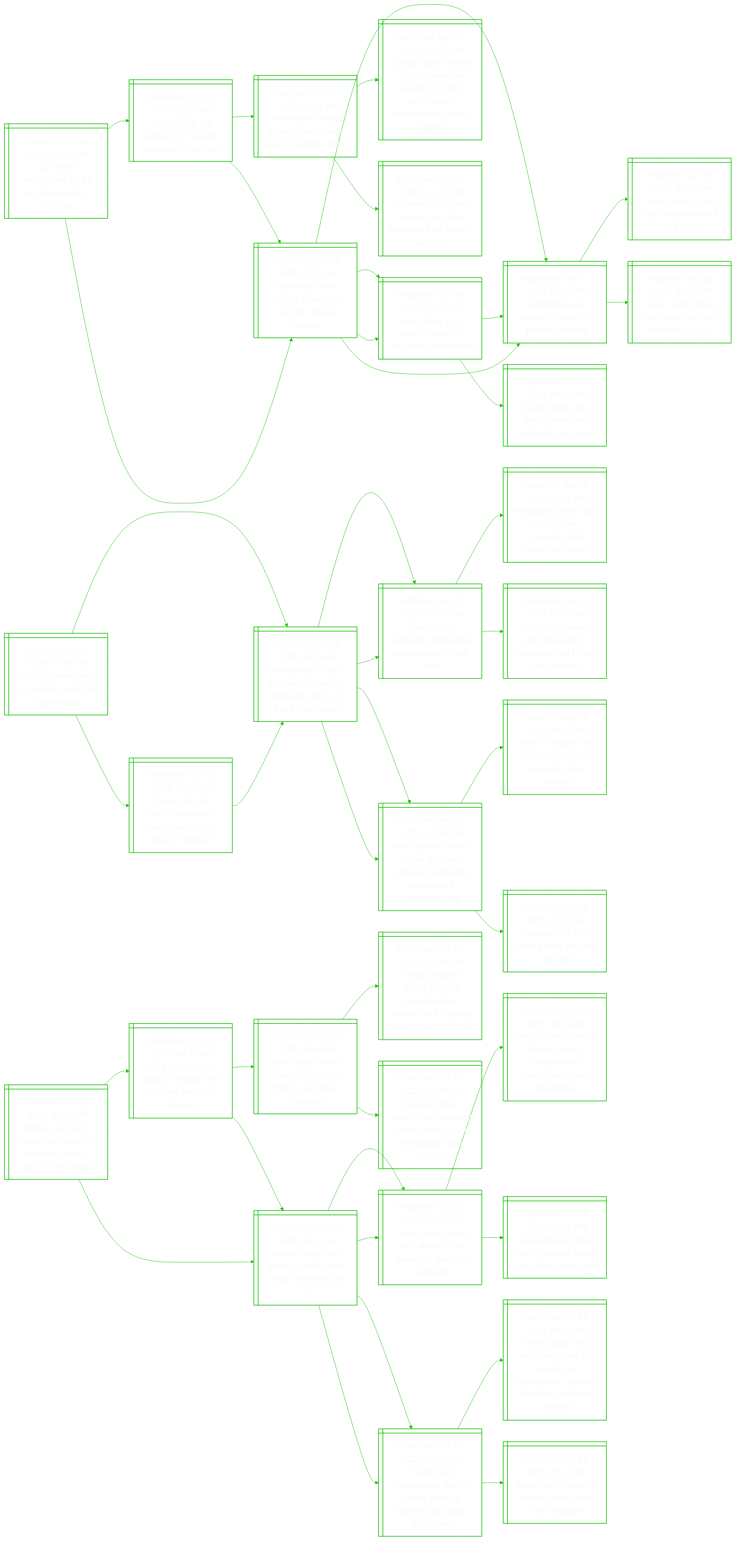
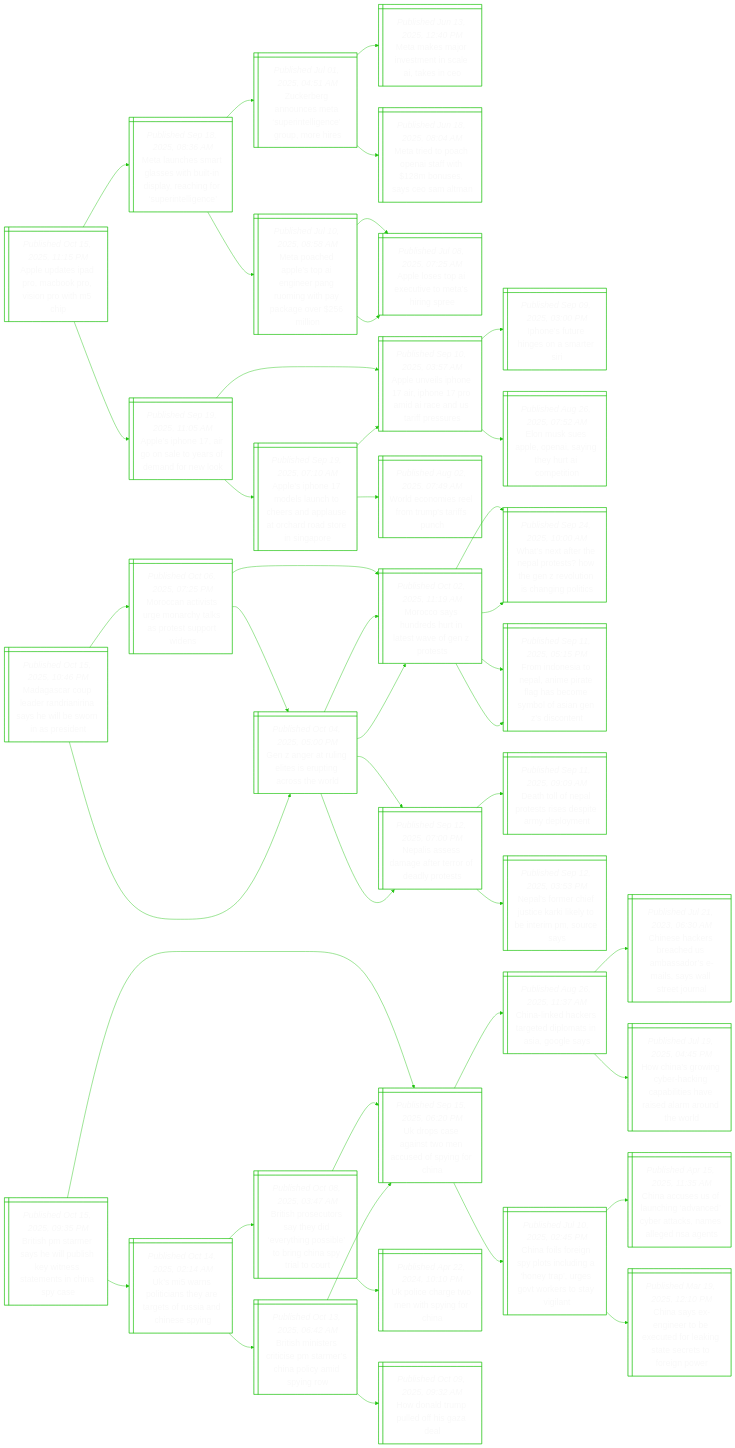
Before and after one commit to notJmes/notJmes: the diagram in README.md, drawn with Mermaid. The commit also changed other lines of this file, not shown here.

````diff
--- a/README.md
+++ b/README.md
@@ -16,133 +16,142 @@
 flowchart LR
 classDef txtsize font-size:20px;
 
-ChoryruU@{ shape: win-pane, label: "_Published Oct 15, 2025, 07:30 PM_
-Co2 in the atmosphere up by record amount in 2024: un" }
-Ntnosager@{ shape: win-pane, label: "_Published Oct 13, 2025, 11:10 AM_
-Not nothing, not enough: is the paris agreement working?" }
-Smhotanrmor@{ shape: win-pane, label: "_Published Oct 09, 2025, 10:31 AM_
-September third-hottest globally on record: climate monitor" }
-Hogomfhtd@{ shape: win-pane, label: "_Published Oct 08, 2025, 10:05 PM_
-Hong kong logs record number of ‘very hot’ october days" }
-SmatnraOw@{ shape: win-pane, label: "_Published Oct 01, 2025, 04:55 PM_
-September was hottest on record in japan’s okinawa" }
-Ranghsocne@{ shape: win-pane, label: "_Published Oct 07, 2025, 01:21 PM_
-Renewable energy growth slows due to policy changes: report" }
-Ctlilranbhattlgn@{ shape: win-pane, label: "_Published Sep 24, 2024, 01:25 PM_
-Climate goal to triple global renewable energy by 2030 within reach: international energy agency" }
-Ualeeuakfabe@{ shape: win-pane, label: "_Published Jun 30, 2025, 11:41 PM_
-Us senate bill’s clean energy cuts draw backlash from labour, business" }
-Smhotanrmor@{ shape: win-pane, label: "_Published Oct 09, 2025, 10:31 AM_
-September third-hottest globally on record: climate monitor" }
-Hogomfhtd@{ shape: win-pane, label: "_Published Oct 08, 2025, 10:05 PM_
-Hong kong logs record number of ‘very hot’ october days" }
-SKsewstrc@{ shape: win-pane, label: "_Published Oct 02, 2025, 07:45 PM_
-South korea sees second-warmest september on record" }
-SmatnraOw@{ shape: win-pane, label: "_Published Oct 01, 2025, 04:55 PM_
-September was hottest on record in japan’s okinawa" }
-SmatnraOw@{ shape: win-pane, label: "_Published Oct 01, 2025, 04:55 PM_
-September was hottest on record in japan’s okinawa" }
-JseheaoC@{ shape: win-pane, label: "_Published Jul 30, 2025, 03:51 PM_
-Japan sees record high temperature of 41.2 deg c" }
-JSKhtsrcn@{ shape: win-pane, label: "_Published Sep 01, 2025, 04:19 PM_
-Japan, south korea had hottest summer on record in 2025" }
+AuedakiPti@{ shape: win-pane, label: "_Published Oct 15, 2025, 11:15 PM_
+Apple updates ipad pro, macbook pro, vision pro with m5 chip" }
+Maersiidacfptg@{ shape: win-pane, label: "_Published Sep 18, 2025, 08:36 AM_
+Meta launches smart glasses with built-in display, reaching for ‘superintelligence’" }
+Zraneptggmi@{ shape: win-pane, label: "_Published Jul 01, 2025, 04:51 AM_
+Zuckerberg announces meta ‘superintelligence’ group, more hires" }
+MaanmnekC@{ shape: win-pane, label: "_Published Jun 13, 2025, 12:40 PM_
+Meta makes major investment in scale ai, takes in ceo" }
+MrohAfhuaOl@{ shape: win-pane, label: "_Published Jun 18, 2025, 08:04 AM_
+Meta tried to poach openai staff with $128m bonuses, says ceo sam altman" }
+ModeAiPugpcoin@{ shape: win-pane, label: "_Published Jul 10, 2025, 08:58 AM_
+Meta poached apple’s top ai engineer pang ruoming with pay package over $256 million" }
+Altetosne@{ shape: win-pane, label: "_Published Jul 08, 2025, 07:25 AM_
+Apple loses top ai executive to meta’s hiring spree" }
+Altetosne@{ shape: win-pane, label: "_Published Jul 08, 2025, 07:25 AM_
+Apple loses top ai executive to meta’s hiring spree" }
+Asngayoaro@{ shape: win-pane, label: "_Published Sep 19, 2025, 11:05 AM_
+Apple’s iphone 17, air go on sale to years of demand for new look" }
+AulornaIatfs@{ shape: win-pane, label: "_Published Sep 10, 2025, 03:57 AM_
+Apple unveils iphone 17 air, iphone 17 pro amid ai race and us tariff pressures" }
+ieunnri@{ shape: win-pane, label: "_Published Sep 09, 2025, 03:00 PM_
+Iphone’s future hinges on a smarter siri" }
+Euelnyhroi@{ shape: win-pane, label: "_Published Aug 26, 2025, 07:52 AM_
+Elon musk sues apple, openai, saying they hurt ai competition" }
+AsneuorauOrdenr@{ shape: win-pane, label: "_Published Sep 19, 2025, 07:10 AM_
+Apple’s iphone 17 models launch to cheers and applause at orchard road store in singapore" }
+AulornaIatfs@{ shape: win-pane, label: "_Published Sep 10, 2025, 03:57 AM_
+Apple unveils iphone 17 air, iphone 17 pro amid ai race and us tariff pressures" }
+Wemeomrp@{ shape: win-pane, label: "_Published Aug 02, 2025, 07:49 AM_
+World economies reel from trump's tariffs punch" }
 
-ChoryruU:::txtsize --> Ntnosager:::txtsize
-Ntnosager:::txtsize --> Smhotanrmor:::txtsize
-Smhotanrmor:::txtsize --> Hogomfhtd:::txtsize
-Smhotanrmor:::txtsize --> SmatnraOw:::txtsize
-Ntnosager:::txtsize --> Ranghsocne:::txtsize
-Ranghsocne:::txtsize --> Ctlilranbhattlgn:::txtsize
-Ranghsocne:::txtsize --> Ualeeuakfabe:::txtsize
-ChoryruU:::txtsize --> Smhotanrmor:::txtsize
-Smhotanrmor:::txtsize --> Hogomfhtd:::txtsize
-Hogomfhtd:::txtsize --> SKsewstrc:::txtsize
-Hogomfhtd:::txtsize --> SmatnraOw:::txtsize
-Smhotanrmor:::txtsize --> SmatnraOw:::txtsize
-SmatnraOw:::txtsize --> JseheaoC:::txtsize
-SmatnraOw:::txtsize --> JSKhtsrcn:::txtsize
+AuedakiPti:::txtsize --> Maersiidacfptg:::txtsize
+Maersiidacfptg:::txtsize --> Zraneptggmi:::txtsize
+Zraneptggmi:::txtsize --> MaanmnekC:::txtsize
+Zraneptggmi:::txtsize --> MrohAfhuaOl:::txtsize
+Maersiidacfptg:::txtsize --> ModeAiPugpcoin:::txtsize
+ModeAiPugpcoin:::txtsize --> Altetosne:::txtsize
+ModeAiPugpcoin:::txtsize --> Altetosne:::txtsize
+AuedakiPti:::txtsize --> Asngayoaro:::txtsize
+Asngayoaro:::txtsize --> AulornaIatfs:::txtsize
+AulornaIatfs:::txtsize --> ieunnri:::txtsize
+AulornaIatfs:::txtsize --> Euelnyhroi:::txtsize
+Asngayoaro:::txtsize --> AsneuorauOrdenr:::txtsize
+AsneuorauOrdenr:::txtsize --> AulornaIatfs:::txtsize
+AsneuorauOrdenr:::txtsize --> Wemeomrp:::txtsize
 
-Ilthoofaec@{ shape: win-pane, label: "_Published Oct 15, 2025, 06:36 PM_
-Israel pm netanyahu in court for graft trial appearance" }
-TuIlstreaororo@{ shape: win-pane, label: "_Published Oct 13, 2025, 09:09 PM_
-Trump urges israel’s president to pardon netanyahu, who’s on trial for corruption" }
-Ilrtsnarifa@{ shape: win-pane, label: "_Published Jun 29, 2025, 09:03 PM_
-Israeli court postpones netanyahu appearance in graft trial" }
-NysuporiimLr@{ shape: win-pane, label: "_Published Jun 26, 2025, 10:36 PM_
-Netanyahu asks court to postpone corruption trial summons: lawyer" }
-Tssithriioee@{ shape: win-pane, label: "_Published Jun 26, 2025, 08:10 AM_
-Trump says israeli pm netanyahu’s corruption trial should be cancelled" }
-Ilnvfteeveeaotr@{ shape: win-pane, label: "_Published Aug 05, 2025, 12:55 PM_
-Israel cabinet moves to fire attorney-general overseeing netanyahu’s corruption trial" }
-IlceeGfeille@{ shape: win-pane, label: "_Published Aug 05, 2025, 09:00 AM_
-Israel to decide next steps in gaza after ceasefire talks collapse" }
-Nyofemar@{ shape: win-pane, label: "_Published Aug 05, 2025, 01:50 AM_
-Netanyahu to brief israel’s army on gaza war plan" }
-TcfrPdooaudp@{ shape: win-pane, label: "_Published Oct 14, 2025, 08:05 AM_
-Trump calls for israel’s president to pardon netanyahu. could it happen?" }
-TuIlstreaororo@{ shape: win-pane, label: "_Published Oct 13, 2025, 09:09 PM_
-Trump urges israel’s president to pardon netanyahu, who’s on trial for corruption" }
-Ilrtsnarifa@{ shape: win-pane, label: "_Published Jun 29, 2025, 09:03 PM_
-Israeli court postpones netanyahu appearance in graft trial" }
-Ilnvfteeveeaotr@{ shape: win-pane, label: "_Published Aug 05, 2025, 12:55 PM_
-Israel cabinet moves to fire attorney-general overseeing netanyahu’s corruption trial" }
+MaceRiiyisire@{ shape: win-pane, label: "_Published Oct 15, 2025, 10:46 PM_
+Madagascar coup leader randrianirina says he will be sworn in as president" }
+Mctterasepws@{ shape: win-pane, label: "_Published Oct 06, 2025, 07:25 PM_
+Moroccan activists urge monarchy talks as protest support widens" }
+McsrultoZe@{ shape: win-pane, label: "_Published Oct 02, 2025, 11:19 AM_
+Morocco says hundreds hurt in latest wave of gen z protests" }
+WnfhatHeruinpi@{ shape: win-pane, label: "_Published Sep 24, 2025, 10:00 AM_
+What’s next after the nepal protests? how the gen z revolution is changing politics" }
+FnsNapehcyoaZcn@{ shape: win-pane, label: "_Published Sep 11, 2025, 05:15 PM_
+From indonesia to nepal, anime pirate flag has become symbol of asian gen z’s discontent" }
+Gntnteirhl@{ shape: win-pane, label: "_Published Oct 04, 2025, 05:00 PM_
+Gen z anger at ruling elites is erupting across the world" }
+McsrultoZe@{ shape: win-pane, label: "_Published Oct 02, 2025, 11:19 AM_
+Morocco says hundreds hurt in latest wave of gen z protests" }
+Niemfeodos@{ shape: win-pane, label: "_Published Sep 12, 2025, 07:00 PM_
+Nepalis assess damage after terror of deadly protests" }
+Gntnteirhl@{ shape: win-pane, label: "_Published Oct 04, 2025, 05:00 PM_
+Gen z anger at ruling elites is erupting across the world" }
+McsrultoZe@{ shape: win-pane, label: "_Published Oct 02, 2025, 11:19 AM_
+Morocco says hundreds hurt in latest wave of gen z protests" }
+WnfhatHeruinpi@{ shape: win-pane, label: "_Published Sep 24, 2025, 10:00 AM_
+What’s next after the nepal protests? how the gen z revolution is changing politics" }
+FnsNapehcyoaZcn@{ shape: win-pane, label: "_Published Sep 11, 2025, 05:15 PM_
+From indonesia to nepal, anime pirate flag has become symbol of asian gen z’s discontent" }
+Niemfeodos@{ shape: win-pane, label: "_Published Sep 12, 2025, 07:00 PM_
+Nepalis assess damage after terror of deadly protests" }
+Dtfleieedy@{ shape: win-pane, label: "_Published Sep 11, 2025, 09:09 AM_
+Death toll of nepal protests rises despite army deployment" }
+Nseetaitnmua@{ shape: win-pane, label: "_Published Sep 12, 2025, 03:53 PM_
+Nepal’s former chief justice karki likely to be interim pm, source says" }
 
-Ilthoofaec:::txtsize --> TuIlstreaororo:::txtsize
-TuIlstreaororo:::txtsize --> Ilrtsnarifa:::txtsize
-Ilrtsnarifa:::txtsize --> NysuporiimLr:::txtsize
-Ilrtsnarifa:::txtsize --> Tssithriioee:::txtsize
-TuIlstreaororo:::txtsize --> Ilnvfteeveeaotr:::txtsize
-Ilnvfteeveeaotr:::txtsize --> IlceeGfeille:::txtsize
-Ilnvfteeveeaotr:::txtsize --> Nyofemar:::txtsize
-Ilthoofaec:::txtsize --> TcfrPdooaudp:::txtsize
-TcfrPdooaudp:::txtsize --> TuIlstreaororo:::txtsize
-TuIlstreaororo:::txtsize --> Ilrtsnarifa:::txtsize
-TuIlstreaororo:::txtsize --> Ilnvfteeveeaotr:::txtsize
+MaceRiiyisire:::txtsize --> Mctterasepws:::txtsize
+Mctterasepws:::txtsize --> McsrultoZe:::txtsize
+McsrultoZe:::txtsize --> WnfhatHeruinpi:::txtsize
+McsrultoZe:::txtsize --> FnsNapehcyoaZcn:::txtsize
+Mctterasepws:::txtsize --> Gntnteirhl:::txtsize
+Gntnteirhl:::txtsize --> McsrultoZe:::txtsize
+Gntnteirhl:::txtsize --> Niemfeodos:::txtsize
+MaceRiiyisire:::txtsize --> Gntnteirhl:::txtsize
+Gntnteirhl:::txtsize --> McsrultoZe:::txtsize
+McsrultoZe:::txtsize --> WnfhatHeruinpi:::txtsize
+McsrultoZe:::txtsize --> FnsNapehcyoaZcn:::txtsize
+Gntnteirhl:::txtsize --> Niemfeodos:::txtsize
+Niemfeodos:::txtsize --> Dtfleieedy:::txtsize
+Niemfeodos:::txtsize --> Nseetaitnmua:::txtsize
 
-Naueeueylare@{ shape: win-pane, label: "_Published Oct 15, 2025, 06:20 PM_
-Nvidia ceo huang welcomes return of employee held in gaza for two years" }
-Auotasooeea@{ shape: win-pane, label: "_Published Oct 15, 2025, 06:10 PM_
-Aid trucks roll into gaza as dispute over hostage bodies is paused" }
-Hhooeeearnc@{ shape: win-pane, label: "_Published Oct 15, 2025, 06:24 AM_
-Hamas hands over hostage bodies after israel threatens aid cut" }
-Tsausrsdaol@{ shape: win-pane, label: "_Published Oct 15, 2025, 03:10 AM_
-Trump says hamas must disarm or be disarmed, perhaps violently" }
-Thtndrltasact@{ shape: win-pane, label: "_Published Oct 14, 2025, 01:41 AM_
-Trump hails ‘tremendous day for middle east’ as leaders sign gaza declaration" }
-IlHhdbhnroe@{ shape: win-pane, label: "_Published Oct 15, 2025, 05:54 PM_
-Israel says hamas handed over body that is not former hostage" }
-Tdrcaaededlncbs@{ shape: win-pane, label: "_Published Oct 14, 2025, 07:45 PM_
-Trump declares victory as gaza ceasefire deal reached, but a lasting peace may be elusive" }
-IlaGRcioaaosao@{ shape: win-pane, label: "_Published Oct 15, 2025, 02:30 PM_
-Israel will allow gaza’s rafah crossing to open, ramp up aid, broadcaster kan reports" }
-Hhooeeearnc@{ shape: win-pane, label: "_Published Oct 15, 2025, 06:24 AM_
-Hamas hands over hostage bodies after israel threatens aid cut" }
-Tsausrsdaol@{ shape: win-pane, label: "_Published Oct 15, 2025, 03:10 AM_
-Trump says hamas must disarm or be disarmed, perhaps violently" }
-Hstdmseelntsi@{ shape: win-pane, label: "_Published Aug 02, 2025, 10:59 PM_
-Hamas says it won’t disarm unless independent palestinian state established" }
-Grrrfraeaet@{ shape: win-pane, label: "_Published Oct 14, 2025, 11:48 PM_
-Gaza truce brings relief, but arab states fear what comes next" }
-Thtndrltasact@{ shape: win-pane, label: "_Published Oct 14, 2025, 01:41 AM_
-Trump hails ‘tremendous day for middle east’ as leaders sign gaza declaration" }
-TsogrrsiPtnesiais@{ shape: win-pane, label: "_Published Oct 13, 2025, 06:25 PM_
-Trump says ‘long nightmare’ over for israelis and palestinians, receives standing ovation in knesset" }
-TjIlmnest@{ shape: win-pane, label: "_Published Oct 13, 2025, 03:10 PM_
-Tears, joy in israel as hamas hands over first hostages" }
+BstrhliyeanCss@{ shape: win-pane, label: "_Published Oct 15, 2025, 09:35 PM_
+British pm starmer says he will publish key witness statements in china spy case" }
+Upenocdyon@{ shape: win-pane, label: "_Published Sep 15, 2025, 06:20 PM_
+Uk drops case against two men accused of spying for china" }
+Clderdoials@{ shape: win-pane, label: "_Published Aug 26, 2025, 11:37 AM_
+China-linked hackers targeted diplomats in asia, google says" }
+CskremaesWtJa@{ shape: win-pane, label: "_Published Jul 21, 2023, 06:30 AM_
+Chinese hackers breached us ambassador’s e-mails, says wall street journal" }
+Hirgripihaaado@{ shape: win-pane, label: "_Published Jul 19, 2025, 04:45 PM_
+How china’s growing cyber-hacking capabilities have raised alarm around the world" }
+Cffgpidhtrortyl@{ shape: win-pane, label: "_Published Jul 10, 2025, 02:45 PM_
+China foils foreign spy plots including a ‘honey trap’, urges govt workers to stay vigilant" }
+Caefcacbtnaeas@{ shape: win-pane, label: "_Published Apr 15, 2025, 11:35 AM_
+China accuses us of launching ‘advanced’ cyber attacks, names alleged nsa agents" }
+Csxnoedegeefge@{ shape: win-pane, label: "_Published Mar 19, 2025, 12:10 PM_
+China says ex-engineer to be executed for leaking state secrets to foreign power" }
+Uwpisarosdey@{ shape: win-pane, label: "_Published Oct 14, 2025, 02:14 AM_
+Uk’s mi5 warns politicians they are targets of russia and chinese spying" }
+Bssoydeiseiiylu@{ shape: win-pane, label: "_Published Oct 08, 2025, 03:47 AM_
+British prosecutors say they did ‘everything possible’ to bring china spy trial to court" }
+Upenocdyon@{ shape: win-pane, label: "_Published Sep 15, 2025, 06:20 PM_
+Uk drops case against two men accused of spying for china" }
+Uiawwpfi@{ shape: win-pane, label: "_Published Apr 22, 2024, 10:10 PM_
+Uk police charge two men with spying for china" }
+BsisiPrCpysg@{ shape: win-pane, label: "_Published Oct 13, 2025, 06:42 AM_
+British ministers criticise pm starmer’s china policy amid spying row" }
+Upenocdyon@{ shape: win-pane, label: "_Published Sep 15, 2025, 06:20 PM_
+Uk drops case against two men accused of spying for china" }
+Hnruosd@{ shape: win-pane, label: "_Published Oct 09, 2025, 09:32 AM_
+How donald trump pulled off his gaza deal" }
 
-Naueeueylare:::txtsize --> Auotasooeea:::txtsize
-Auotasooeea:::txtsize --> Hhooeeearnc:::txtsize
-Hhooeeearnc:::txtsize --> Tsausrsdaol:::txtsize
-Hhooeeearnc:::txtsize --> Thtndrltasact:::txtsize
-Auotasooeea:::txtsize --> IlHhdbhnroe:::txtsize
-IlHhdbhnroe:::txtsize --> Tdrcaaededlncbs:::txtsize
-IlHhdbhnroe:::txtsize --> IlaGRcioaaosao:::txtsize
-Naueeueylare:::txtsize --> Hhooeeearnc:::txtsize
-Hhooeeearnc:::txtsize --> Tsausrsdaol:::txtsize
-Tsausrsdaol:::txtsize --> Hstdmseelntsi:::txtsize
-Tsausrsdaol:::txtsize --> Grrrfraeaet:::txtsize
-Hhooeeearnc:::txtsize --> Thtndrltasact:::txtsize
-Thtndrltasact:::txtsize --> TsogrrsiPtnesiais:::txtsize
-Thtndrltasact:::txtsize --> TjIlmnest:::txtsize
+BstrhliyeanCss:::txtsize --> Upenocdyon:::txtsize
+Upenocdyon:::txtsize --> Clderdoials:::txtsize
+Clderdoials:::txtsize --> CskremaesWtJa:::txtsize
+Clderdoials:::txtsize --> Hirgripihaaado:::txtsize
+Upenocdyon:::txtsize --> Cffgpidhtrortyl:::txtsize
+Cffgpidhtrortyl:::txtsize --> Caefcacbtnaeas:::txtsize
+Cffgpidhtrortyl:::txtsize --> Csxnoedegeefge:::txtsize
+BstrhliyeanCss:::txtsize --> Uwpisarosdey:::txtsize
+Uwpisarosdey:::txtsize --> Bssoydeiseiiylu:::txtsize
+Bssoydeiseiiylu:::txtsize --> Upenocdyon:::txtsize
+Bssoydeiseiiylu:::txtsize --> Uiawwpfi:::txtsize
+Uwpisarosdey:::txtsize --> BsisiPrCpysg:::txtsize
+BsisiPrCpysg:::txtsize --> Upenocdyon:::txtsize
+BsisiPrCpysg:::txtsize --> Hnruosd:::txtsize
 
 ```
````
